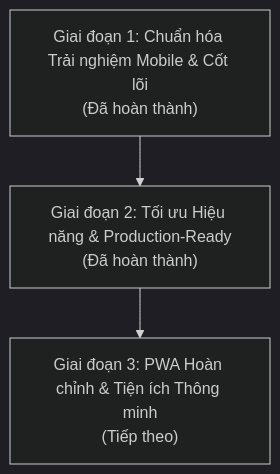
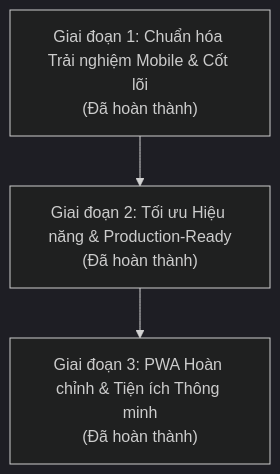
One commit to jayyyyte/vaultflow changed the diagram in docs/roadmap.md. Above: the diagram before and after it, drawn with Mermaid (dark theme). The commit also changed other lines of this file and 3 other files, not shown here.

````diff
--- a/docs/roadmap.md
+++ b/docs/roadmap.md
@@ -33,5 +33,5 @@
 ```mermaid
 flowchart TD
     G1["Giai đoạn 1: Chuẩn hóa Trải nghiệm Mobile & Cốt lõi<br/>(Đã hoàn thành)"] --> G2["Giai đoạn 2: Tối ưu Hiệu năng & Production-Ready<br/>(Đã hoàn thành)"]
-    G2 --> G3["Giai đoạn 3: PWA Hoàn chỉnh & Tiện ích Thông minh<br/>(Tiếp theo)"]
+    G2 --> G3["Giai đoạn 3: PWA Hoàn chỉnh & Tiện ích Thông minh<br/>(Đã hoàn thành)"]
 ```
````
